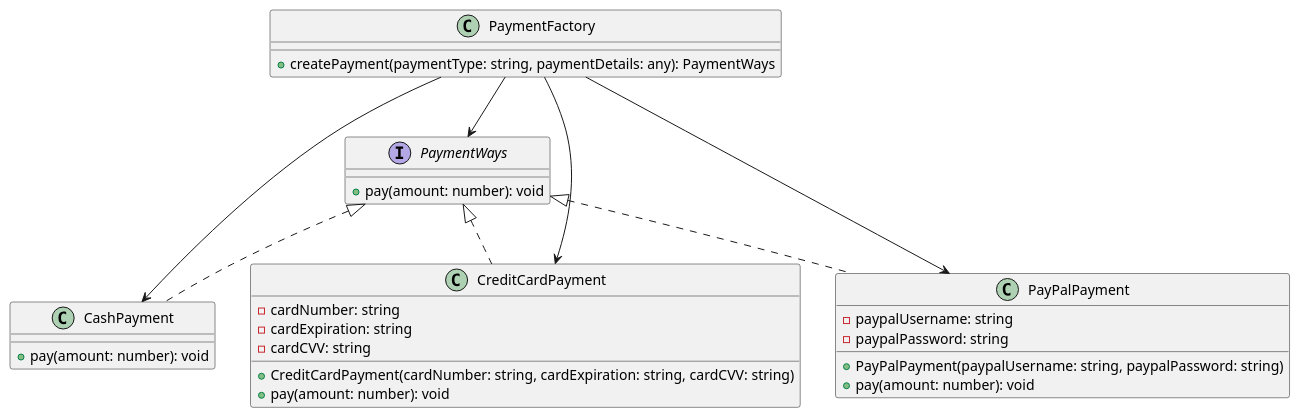
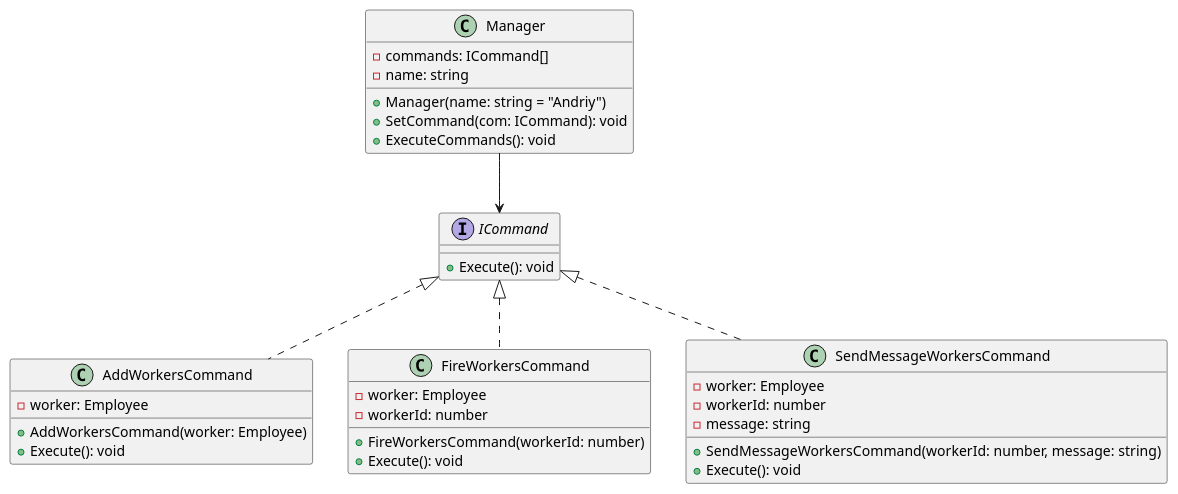
One commit to indian0ch/HotelInformalSystem changed the diagram in public/new.plantuml. Above: the diagram before and after it, drawn with PlantUML. The commit also changed other lines of this file and 74 other files, not shown here.

```diff
--- a/public/new.plantuml
+++ b/public/new.plantuml
@@ -1,39 +1,42 @@
 @startuml
 
-class PaymentFactory {
-  + createPayment(paymentType: string, paymentDetails: any): PaymentWays
+interface ICommand {
+  + Execute(): void
 }
 
-interface PaymentWays {
-  + pay(amount: number): void
+class Manager {
+  - commands: ICommand[]
+  - name: string
+  + Manager(name: string = "Andriy")
+  + SetCommand(com: ICommand): void
+  + ExecuteCommands(): void
 }
 
-class CashPayment {
-  + pay(amount: number): void
+class AddWorkersCommand {
+  - worker: Employee
+  + AddWorkersCommand(worker: Employee)
+  + Execute(): void
 }
 
-class CreditCardPayment {
-  - cardNumber: string
-  - cardExpiration: string
-  - cardCVV: string
-  + CreditCardPayment(cardNumber: string, cardExpiration: string, cardCVV: string)
-  + pay(amount: number): void
+class FireWorkersCommand {
+  - worker: Employee
+  - workerId: number
+  + FireWorkersCommand(workerId: number)
+  + Execute(): void
 }
 
-class PayPalPayment {
-  - paypalUsername: string
-  - paypalPassword: string
-  + PayPalPayment(paypalUsername: string, paypalPassword: string)
-  + pay(amount: number): void
+class SendMessageWorkersCommand {
+  - worker: Employee
+  - workerId: number
+  - message: string
+  + SendMessageWorkersCommand(workerId: number, message: string)
+  + Execute(): void
 }
 
-PaymentFactory --> PaymentWays
-PaymentFactory --> CashPayment
-PaymentFactory --> CreditCardPayment
-PaymentFactory --> PayPalPayment
+ ICommand <|.. AddWorkersCommand
+ ICommand <|.. FireWorkersCommand
+ ICommand <|.. SendMessageWorkersCommand
 
-PaymentWays <|.. CashPayment
-PaymentWays <|.. CreditCardPayment
-PaymentWays <|.. PayPalPayment
+Manager --> ICommand
 
 @enduml
```
